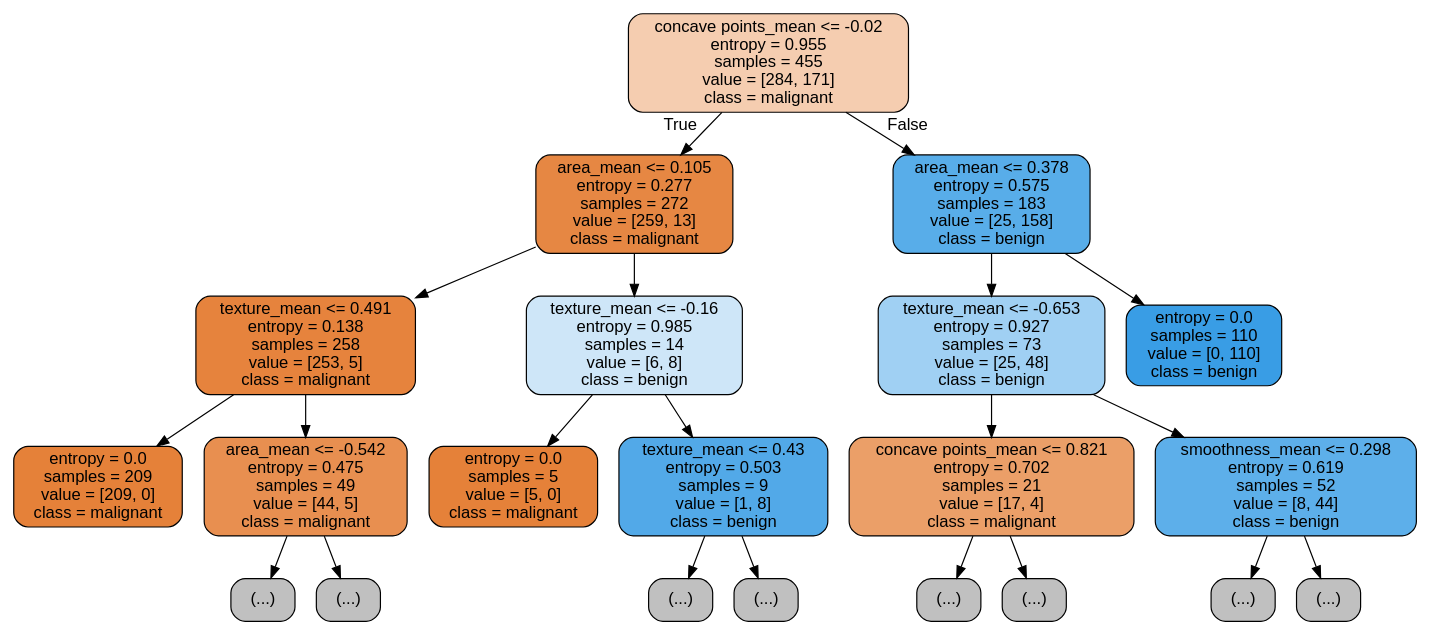
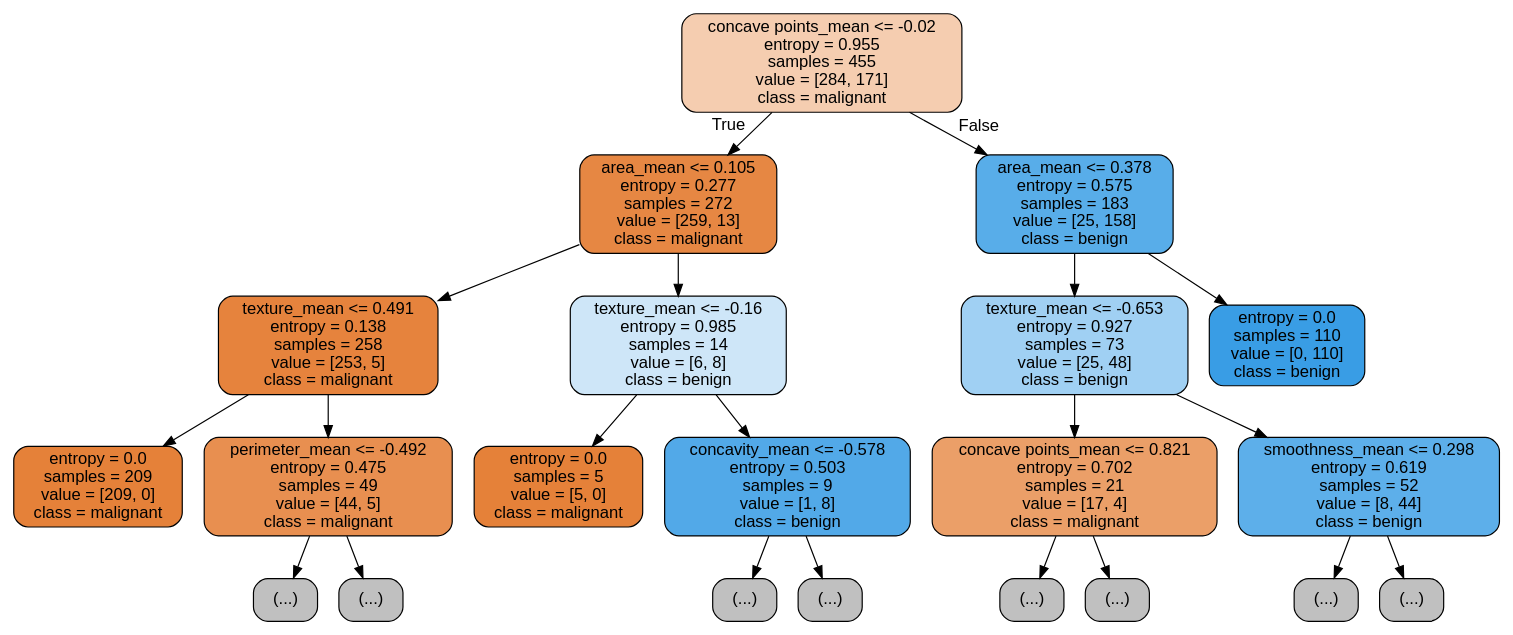
Before and after one commit to kaylee01/Assignment3-ML: the diagram in images/tree.dot, drawn with Graphviz. The commit also changed 1 other file, not shown here.

```diff
--- a/images/tree.dot
+++ b/images/tree.dot
@@ -1,45 +1,45 @@
 digraph Tree {
 node [shape=box, style="filled, rounded", color="black", fontname="helvetica"] ;
 edge [fontname="helvetica"] ;
 0 [label="concave points_mean <= -0.02\nentropy = 0.955\nsamples = 455\nvalue = [284, 171]\nclass = malignant", fillcolor="#f5cdb0"] ;
 1 [label="area_mean <= 0.105\nentropy = 0.277\nsamples = 272\nvalue = [259, 13]\nclass = malignant", fillcolor="#e68743"] ;
 0 -> 1 [labeldistance=2.5, labelangle=45, headlabel="True"] ;
 2 [label="texture_mean <= 0.491\nentropy = 0.138\nsamples = 258\nvalue = [253, 5]\nclass = malignant", fillcolor="#e6833d"] ;
 1 -> 2 ;
 3 [label="entropy = 0.0\nsamples = 209\nvalue = [209, 0]\nclass = malignant", fillcolor="#e58139"] ;
 2 -> 3 ;
-4 [label="area_mean <= -0.542\nentropy = 0.475\nsamples = 49\nvalue = [44, 5]\nclass = malignant", fillcolor="#e88f50"] ;
+4 [label="perimeter_mean <= -0.492\nentropy = 0.475\nsamples = 49\nvalue = [44, 5]\nclass = malignant", fillcolor="#e88f50"] ;
 2 -> 4 ;
 5 [label="(...)", fillcolor="#C0C0C0"] ;
 4 -> 5 ;
 6 [label="(...)", fillcolor="#C0C0C0"] ;
 4 -> 6 ;
-9 [label="texture_mean <= -0.16\nentropy = 0.985\nsamples = 14\nvalue = [6, 8]\nclass = benign", fillcolor="#cee6f8"] ;
-1 -> 9 ;
-10 [label="entropy = 0.0\nsamples = 5\nvalue = [5, 0]\nclass = malignant", fillcolor="#e58139"] ;
-9 -> 10 ;
-11 [label="texture_mean <= 0.43\nentropy = 0.503\nsamples = 9\nvalue = [1, 8]\nclass = benign", fillcolor="#52a9e8"] ;
-9 -> 11 ;
-12 [label="(...)", fillcolor="#C0C0C0"] ;
+11 [label="texture_mean <= -0.16\nentropy = 0.985\nsamples = 14\nvalue = [6, 8]\nclass = benign", fillcolor="#cee6f8"] ;
+1 -> 11 ;
+12 [label="entropy = 0.0\nsamples = 5\nvalue = [5, 0]\nclass = malignant", fillcolor="#e58139"] ;
 11 -> 12 ;
-13 [label="(...)", fillcolor="#C0C0C0"] ;
+13 [label="concavity_mean <= -0.578\nentropy = 0.503\nsamples = 9\nvalue = [1, 8]\nclass = benign", fillcolor="#52a9e8"] ;
 11 -> 13 ;
-14 [label="area_mean <= 0.378\nentropy = 0.575\nsamples = 183\nvalue = [25, 158]\nclass = benign", fillcolor="#58ade9"] ;
-0 -> 14 [labeldistance=2.5, labelangle=-45, headlabel="False"] ;
-15 [label="texture_mean <= -0.653\nentropy = 0.927\nsamples = 73\nvalue = [25, 48]\nclass = benign", fillcolor="#a0d0f3"] ;
-14 -> 15 ;
-16 [label="concave points_mean <= 0.821\nentropy = 0.702\nsamples = 21\nvalue = [17, 4]\nclass = malignant", fillcolor="#eb9f68"] ;
-15 -> 16 ;
-17 [label="(...)", fillcolor="#C0C0C0"] ;
+14 [label="(...)", fillcolor="#C0C0C0"] ;
+13 -> 14 ;
+15 [label="(...)", fillcolor="#C0C0C0"] ;
+13 -> 15 ;
+16 [label="area_mean <= 0.378\nentropy = 0.575\nsamples = 183\nvalue = [25, 158]\nclass = benign", fillcolor="#58ade9"] ;
+0 -> 16 [labeldistance=2.5, labelangle=-45, headlabel="False"] ;
+17 [label="texture_mean <= -0.653\nentropy = 0.927\nsamples = 73\nvalue = [25, 48]\nclass = benign", fillcolor="#a0d0f3"] ;
 16 -> 17 ;
-20 [label="(...)", fillcolor="#C0C0C0"] ;
-16 -> 20 ;
-21 [label="smoothness_mean <= 0.298\nentropy = 0.619\nsamples = 52\nvalue = [8, 44]\nclass = benign", fillcolor="#5dafea"] ;
-15 -> 21 ;
+18 [label="concave points_mean <= 0.821\nentropy = 0.702\nsamples = 21\nvalue = [17, 4]\nclass = malignant", fillcolor="#eb9f68"] ;
+17 -> 18 ;
+19 [label="(...)", fillcolor="#C0C0C0"] ;
+18 -> 19 ;
 22 [label="(...)", fillcolor="#C0C0C0"] ;
-21 -> 22 ;
-25 [label="(...)", fillcolor="#C0C0C0"] ;
-21 -> 25 ;
-28 [label="entropy = 0.0\nsamples = 110\nvalue = [0, 110]\nclass = benign", fillcolor="#399de5"] ;
-14 -> 28 ;
+18 -> 22 ;
+23 [label="smoothness_mean <= 0.298\nentropy = 0.619\nsamples = 52\nvalue = [8, 44]\nclass = benign", fillcolor="#5dafea"] ;
+17 -> 23 ;
+24 [label="(...)", fillcolor="#C0C0C0"] ;
+23 -> 24 ;
+29 [label="(...)", fillcolor="#C0C0C0"] ;
+23 -> 29 ;
+32 [label="entropy = 0.0\nsamples = 110\nvalue = [0, 110]\nclass = benign", fillcolor="#399de5"] ;
+16 -> 32 ;
 }
```
